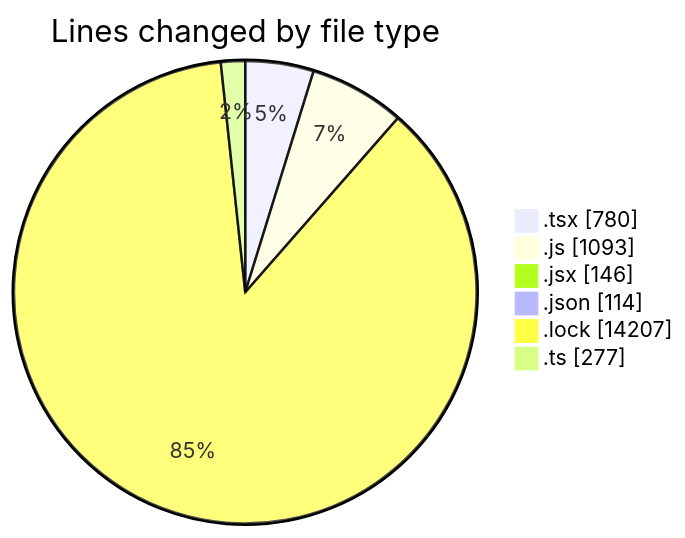
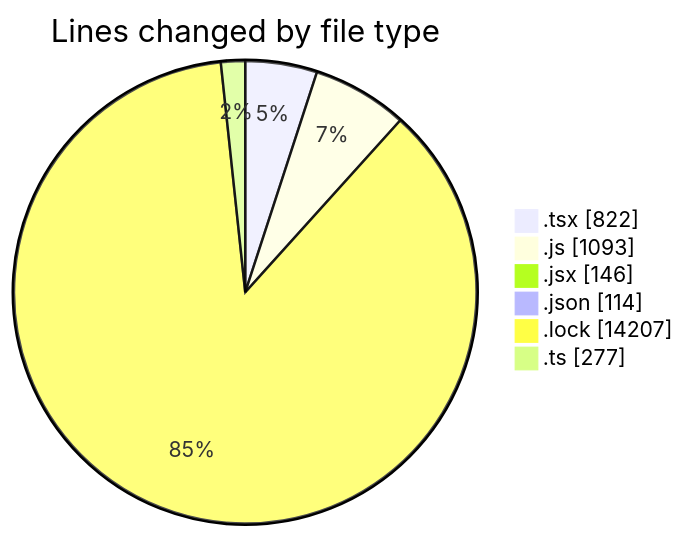
One commit to momahboobian/code-tracking changed the first of 2 diagrams in 2025-05-08/cda/README.md. Above: the diagram before and after it, drawn with Mermaid. The commit also changed other lines of this file and 1 other file, not shown here.

````diff
--- a/2025-05-08/cda/README.md
+++ b/2025-05-08/cda/README.md
@@ -36,10 +37,10 @@
 ```mermaid
 pie showData
 title Lines changed by file type
-".tsx" : 780
+".tsx" : 822
 ".js" : 1093
 ".jsx" : 146
 ".json" : 114
 ".lock" : 14207
 ".ts" : 277
 ```
````
